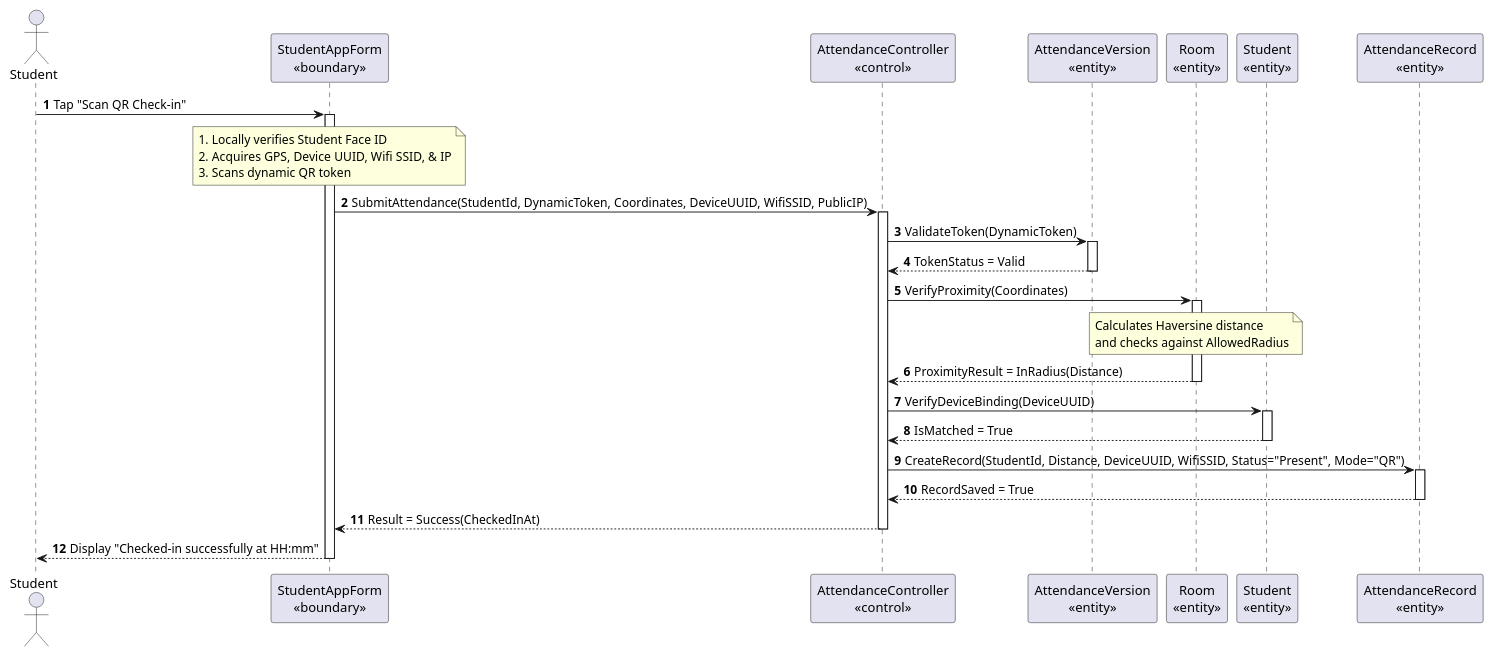
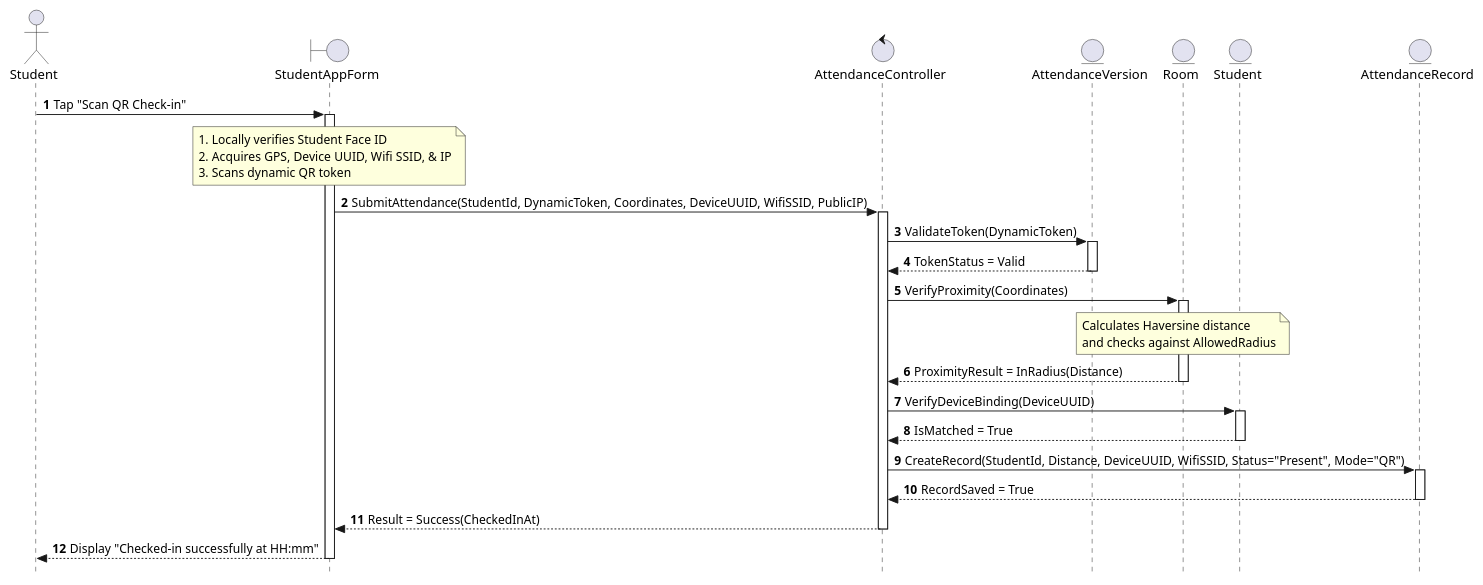
The seventh of 31 diagrams in MainDocs/AFAS_RDS_Document_Part1B_Analysis_models.md (nttung42/SWD392), drawn with PlantUML before and after one commit. The commit also changed other lines of this file, not shown here.

Commit message:
docs: refactor sequence diagrams to use strict UML/BCE and add message description tables

````diff
--- a/MainDocs/AFAS_RDS_Document_Part1B_Analysis_models.md
+++ b/MainDocs/AFAS_RDS_Document_Part1B_Analysis_models.md
@@ -526,44 +580,45 @@
 ```plantuml
 @startuml
+skinparam style strictuml
 autonumber
 actor Student as "Student"
-participant SAF as "StudentAppForm\n«boundary»"
-participant AC as "AttendanceController\n«control»"
-participant V as "AttendanceVersion\n«entity»"
-participant R as "Room\n«entity»"
-participant ST as "Student\n«entity»"
-participant AR as "AttendanceRecord\n«entity»"
+boundary SAF as "StudentAppForm"
+control AC as "AttendanceController"
+entity V as "AttendanceVersion"
+entity R as "Room"
+entity ST as "Student"
+entity AR as "AttendanceRecord"
 
 Student -> SAF : Tap "Scan QR Check-in"
 activate SAF
 note over SAF : 1. Locally verifies Student Face ID\n2. Acquires GPS, Device UUID, Wifi SSID, & IP\n3. Scans dynamic QR token
 SAF -> AC : SubmitAttendance(StudentId, DynamicToken, Coordinates, DeviceUUID, WifiSSID, PublicIP)
 activate AC
 
 AC -> V : ValidateToken(DynamicToken)
 activate V
 V --> AC : TokenStatus = Valid
 deactivate V
 
 AC -> R : VerifyProximity(Coordinates)
 activate R
 note over R : Calculates Haversine distance\nand checks against AllowedRadius
 R --> AC : ProximityResult = InRadius(Distance)
 deactivate R
 
 AC -> ST : VerifyDeviceBinding(DeviceUUID)
 activate ST
 ST --> AC : IsMatched = True
 deactivate ST
 
 AC -> AR : CreateRecord(StudentId, Distance, DeviceUUID, WifiSSID, Status="Present", Mode="QR")
 activate AR
 AR --> AC : RecordSaved = True
 deactivate AR
 
 AC --> SAF : Result = Success(CheckedInAt)
 deactivate AC
 SAF --> Student : Display "Checked-in successfully at HH:mm"
 deactivate SAF
 @enduml
 ```
````
